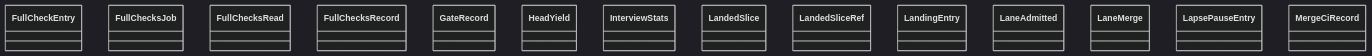
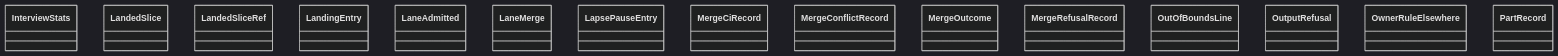
Before and after one commit to GonzaloZevallos/agentic-system: the diagram in docs/architecture/generated/classes-process-domain-state-7.md, drawn with Mermaid (dark theme). The commit also changed other lines of this file and 12 other files, not shown here.

First line of the commit message:
Cluster metrics in the measurement docs and regenerate the class diagrams

````diff
--- a/docs/architecture/generated/classes-process-domain-state-7.md
+++ b/docs/architecture/generated/classes-process-domain-state-7.md
@@ -32,17 +32,18 @@
 ```mermaid
 classDiagram
-    class task__FullCheckEntry["FullCheckEntry"]
-    class task__FullChecksJob["FullChecksJob"]
-    class task__FullChecksRead["FullChecksRead"]
-    class task__FullChecksRecord["FullChecksRecord"]
-    class task__GateRecord["GateRecord"]
-    class task__HeadYield["HeadYield"]
     class task__InterviewStats["InterviewStats"]
     class task__LandedSlice["LandedSlice"]
     class task__LandedSliceRef["LandedSliceRef"]
     class task__LandingEntry["LandingEntry"]
     class task__LaneAdmitted["LaneAdmitted"]
     class task__LaneMerge["LaneMerge"]
     class task__LapsePauseEntry["LapsePauseEntry"]
     class task__MergeCiRecord["MergeCiRecord"]
+    class task__MergeConflictRecord["MergeConflictRecord"]
+    class task__MergeOutcome["MergeOutcome"]
+    class task__MergeRefusalRecord["MergeRefusalRecord"]
+    class task__OutOfBoundsLine["OutOfBoundsLine"]
+    class task__OutputRefusal["OutputRefusal"]
+    class task__OwnerRuleElsewhere["OwnerRuleElsewhere"]
+    class task__PartRecord["PartRecord"]
 ```
````
